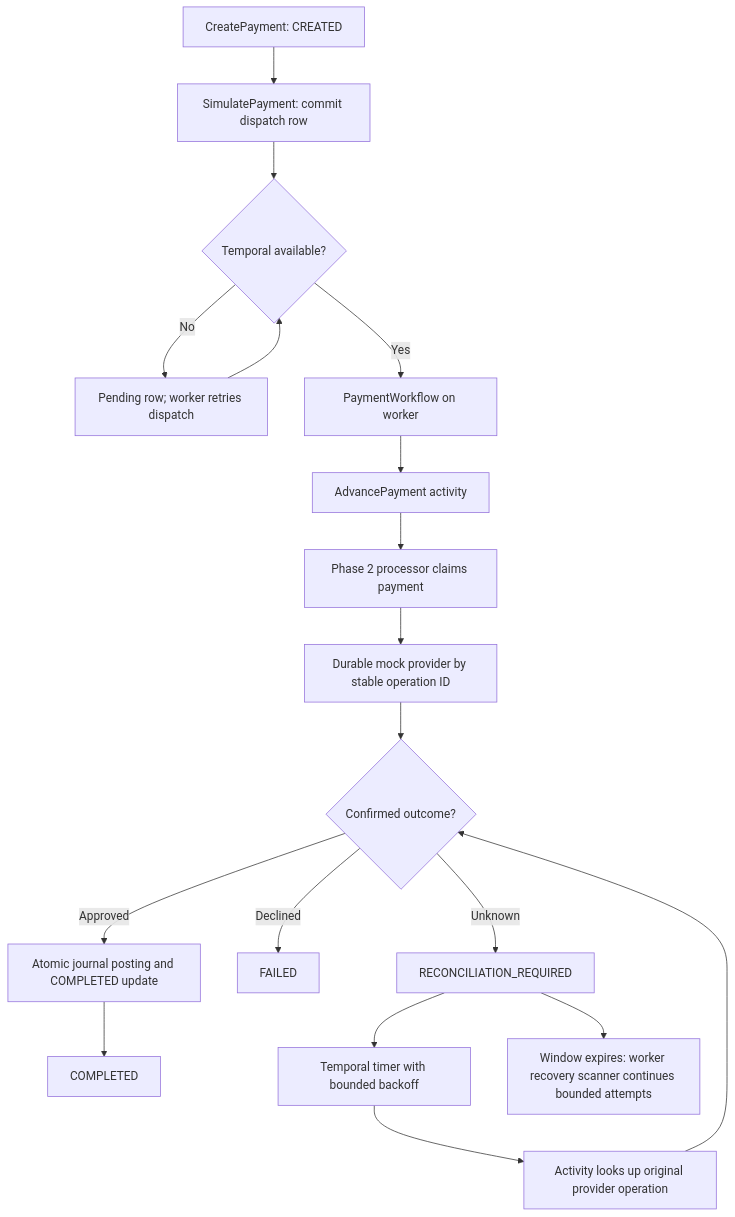
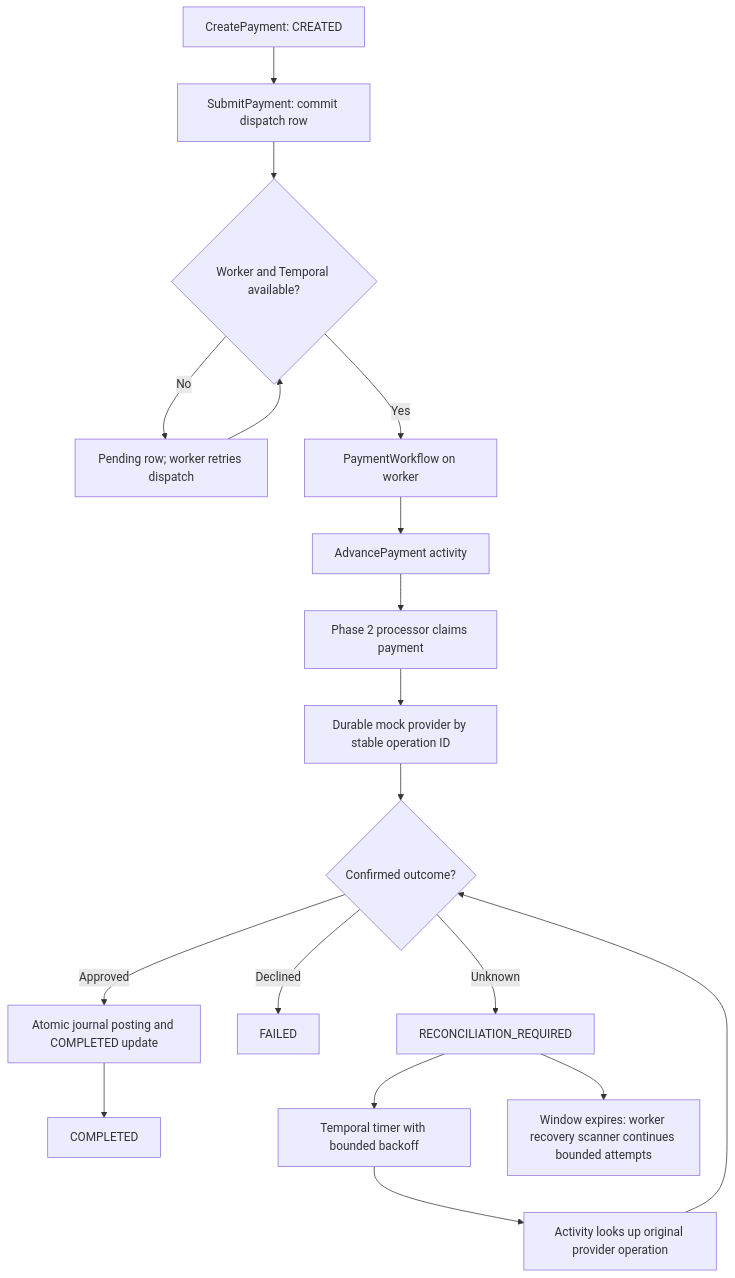
One commit to OloaneShark/PAYFLOW changed the first of 2 diagrams in docs/architecture.md. Above: the diagram before and after it, drawn with Mermaid. The commit also changed other lines of this file and 33 other files, not shown here.

````diff
--- a/docs/architecture.md
+++ b/docs/architecture.md
@@ -11,20 +13,20 @@
 ```mermaid
 flowchart TD
-    A[CreatePayment: CREATED] --> B[SimulatePayment: commit dispatch row]
-    B --> C{Temporal available?}
+    A[CreatePayment: CREATED] --> B[SubmitPayment: commit dispatch row]
+    B --> C{Worker and Temporal available?}
     C -- No --> D[Pending row; worker retries dispatch]
     D --> C
     C -- Yes --> E[PaymentWorkflow on worker]
     E --> F[AdvancePayment activity]
     F --> G[Phase 2 processor claims payment]
     G --> H[Durable mock provider by stable operation ID]
     H --> I{Confirmed outcome?}
     I -- Approved --> P[Atomic journal posting and COMPLETED update]
     P --> J[COMPLETED]
     I -- Declined --> K[FAILED]
     I -- Unknown --> L[RECONCILIATION_REQUIRED]
     L --> M[Temporal timer with bounded backoff]
     M --> N[Activity looks up original provider operation]
     N --> I
     L --> O[Window expires: worker recovery scanner continues bounded attempts]
 ```
````
